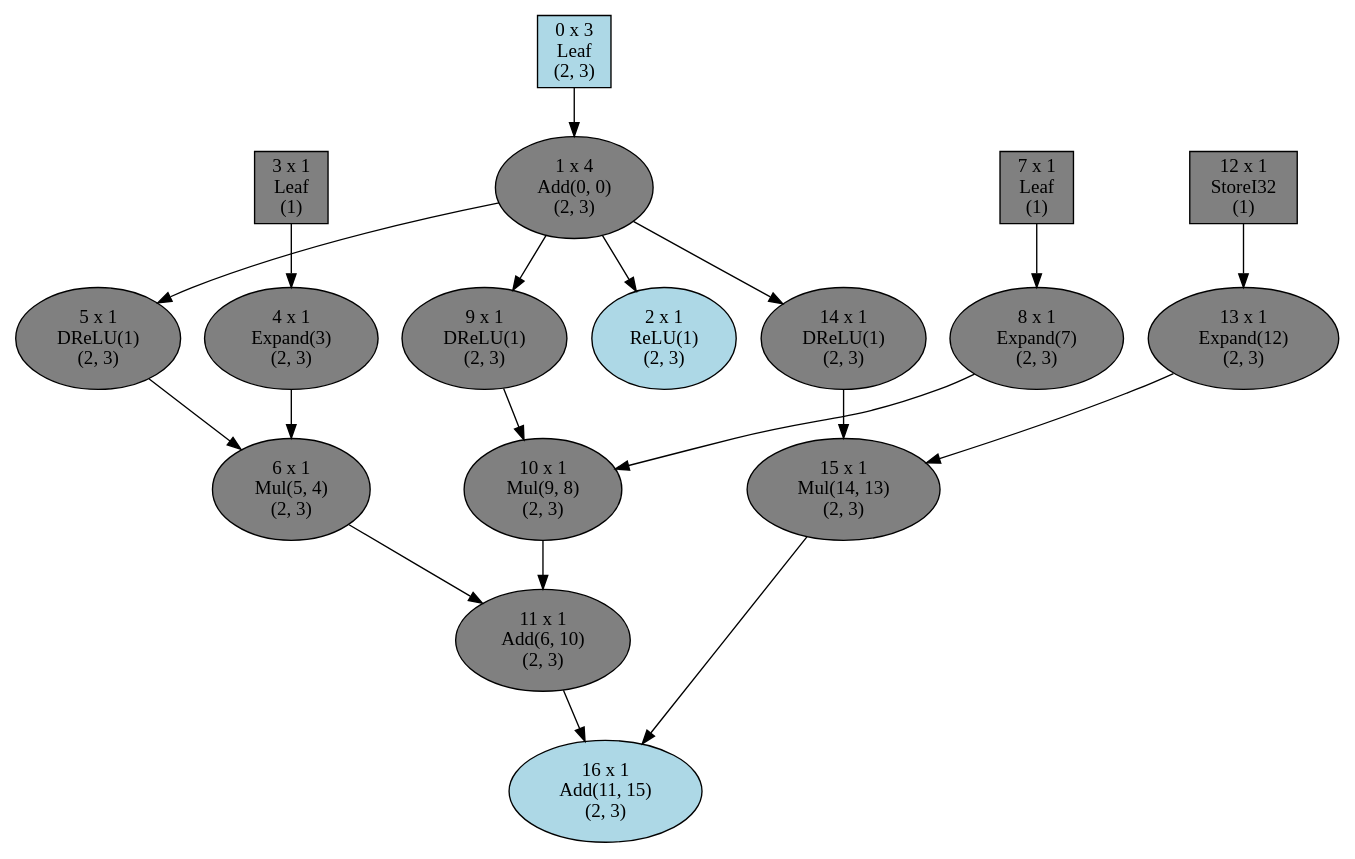
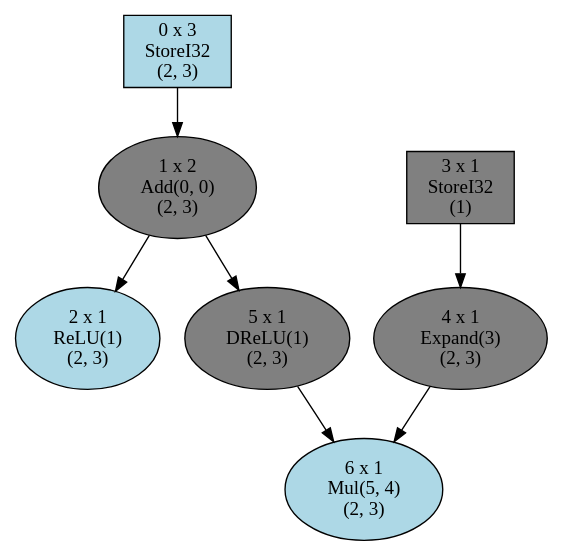
The diagram in graph.dot (zk4x/zyx), drawn with Graphviz before and after one commit. The commit also changed 6 other files, not shown here.

```diff
--- a/graph.dot
+++ b/graph.dot
@@ -1,74 +1,32 @@
 strict digraph {
   ordering=in
   rank=source
   0[label="0 x 3
-Leaf
+StoreI32
 (2, 3)", shape=box, fillcolor="lightblue", style=filled]
-  1[label="1 x 4
+  1[label="1 x 2
 Add(0, 0)
 (2, 3)", shape=oval, fillcolor="grey", style=filled]
   2[label="2 x 1
 ReLU(1)
 (2, 3)", shape=oval, fillcolor="lightblue", style=filled]
   3[label="3 x 1
-Leaf
+StoreI32
 (1)", shape=box, fillcolor="grey", style=filled]
   4[label="4 x 1
 Expand(3)
 (2, 3)", shape=oval, fillcolor="grey", style=filled]
   5[label="5 x 1
 DReLU(1)
 (2, 3)", shape=oval, fillcolor="grey", style=filled]
   6[label="6 x 1
 Mul(5, 4)
-(2, 3)", shape=oval, fillcolor="grey", style=filled]
-  7[label="7 x 1
-Leaf
-(1)", shape=box, fillcolor="grey", style=filled]
-  8[label="8 x 1
-Expand(7)
-(2, 3)", shape=oval, fillcolor="grey", style=filled]
-  9[label="9 x 1
-DReLU(1)
-(2, 3)", shape=oval, fillcolor="grey", style=filled]
-  10[label="10 x 1
-Mul(9, 8)
-(2, 3)", shape=oval, fillcolor="grey", style=filled]
-  11[label="11 x 1
-Add(6, 10)
-(2, 3)", shape=oval, fillcolor="grey", style=filled]
-  12[label="12 x 1
-StoreI32
-(1)", shape=box, fillcolor="grey", style=filled]
-  13[label="13 x 1
-Expand(12)
-(2, 3)", shape=oval, fillcolor="grey", style=filled]
-  14[label="14 x 1
-DReLU(1)
-(2, 3)", shape=oval, fillcolor="grey", style=filled]
-  15[label="15 x 1
-Mul(14, 13)
-(2, 3)", shape=oval, fillcolor="grey", style=filled]
-  16[label="16 x 1
-Add(11, 15)
 (2, 3)", shape=oval, fillcolor="lightblue", style=filled]
   0 -> 1
   0 -> 1
   1 -> 2
   3 -> 4
   1 -> 5
   5 -> 6
   4 -> 6
-  7 -> 8
-  1 -> 9
-  9 -> 10
-  8 -> 10
-  6 -> 11
-  10 -> 11
-  12 -> 13
-  1 -> 14
-  14 -> 15
-  13 -> 15
-  11 -> 16
-  15 -> 16
 }
```
